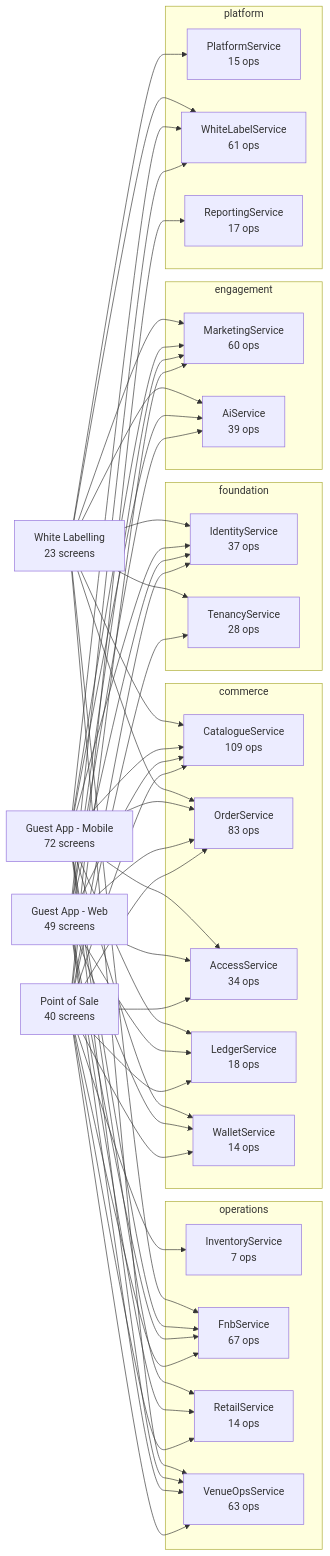
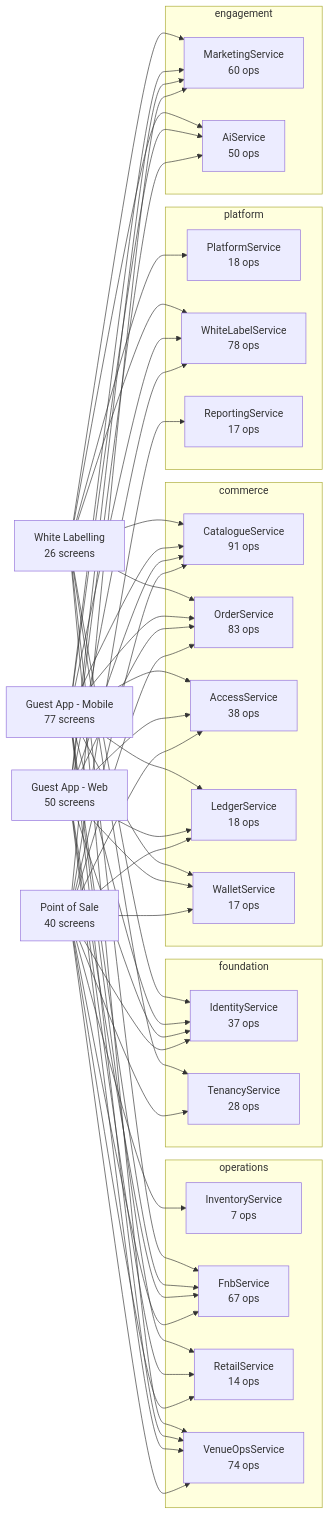
One commit to Diretide298/Solution_Architecture changed the diagram in ticvai/repos/ticvai-ai/project-bible/handoff/service-docs/README.md. Above: the diagram before and after it, drawn with Mermaid. The commit also changed other lines of this file and 2359 other files, not shown here.

````diff
--- a/ticvai/repos/ticvai-ai/project-bible/handoff/service-docs/README.md
+++ b/ticvai/repos/ticvai-ai/project-bible/handoff/service-docs/README.md
@@ -9,80 +9,80 @@
 ```mermaid
 flowchart LR
   POS["Point of Sale<br/>40 screens"]
-  WEB["Guest App - Web<br/>49 screens"]
-  MOB["Guest App - Mobile<br/>72 screens"]
-  WL["White Labelling<br/>23 screens"]
+  WEB["Guest App - Web<br/>50 screens"]
+  MOB["Guest App - Mobile<br/>77 screens"]
+  WL["White Labelling<br/>26 screens"]
   subgraph foundation
     IdentityService["IdentityService<br/>37 ops"]
     TenancyService["TenancyService<br/>28 ops"]
   end
   subgraph commerce
-    CatalogueService["CatalogueService<br/>109 ops"]
+    CatalogueService["CatalogueService<br/>91 ops"]
     OrderService["OrderService<br/>83 ops"]
-    AccessService["AccessService<br/>34 ops"]
+    AccessService["AccessService<br/>38 ops"]
     LedgerService["LedgerService<br/>18 ops"]
-    WalletService["WalletService<br/>14 ops"]
+    WalletService["WalletService<br/>17 ops"]
   end
   subgraph operations
     InventoryService["InventoryService<br/>7 ops"]
     FnbService["FnbService<br/>67 ops"]
     RetailService["RetailService<br/>14 ops"]
-    VenueOpsService["VenueOpsService<br/>63 ops"]
+    VenueOpsService["VenueOpsService<br/>74 ops"]
   end
   subgraph engagement
     MarketingService["MarketingService<br/>60 ops"]
-    AiService["AiService<br/>39 ops"]
+    AiService["AiService<br/>50 ops"]
   end
   subgraph platform
-    PlatformService["PlatformService<br/>15 ops"]
-    WhiteLabelService["WhiteLabelService<br/>61 ops"]
+    PlatformService["PlatformService<br/>18 ops"]
+    WhiteLabelService["WhiteLabelService<br/>78 ops"]
     ReportingService["ReportingService<br/>17 ops"]
   end
   POS --> OrderService
   WEB --> OrderService
   MOB --> OrderService
   WL --> OrderService
   POS --> CatalogueService
   WEB --> CatalogueService
   MOB --> CatalogueService
   WL --> CatalogueService
   POS --> AccessService
   WEB --> AccessService
   MOB --> AccessService
   WL --> PlatformService
   POS --> MarketingService
   WEB --> MarketingService
   MOB --> MarketingService
   WL --> MarketingService
+  POS --> VenueOpsService
+  WEB --> VenueOpsService
+  MOB --> VenueOpsService
+  WL --> VenueOpsService
   POS --> TenancyService
   WL --> TenancyService
   POS --> ReportingService
   POS --> FnbService
   WEB --> FnbService
   MOB --> FnbService
   WL --> FnbService
   POS --> InventoryService
+  POS --> WalletService
+  WEB --> WalletService
+  MOB --> WalletService
   POS --> IdentityService
   WEB --> IdentityService
   MOB --> IdentityService
   WL --> IdentityService
   WEB --> WhiteLabelService
   MOB --> WhiteLabelService
   WL --> WhiteLabelService
-  POS --> VenueOpsService
-  WEB --> VenueOpsService
-  MOB --> VenueOpsService
-  WL --> VenueOpsService
   WEB --> AiService
   MOB --> AiService
   WL --> AiService
   POS --> LedgerService
   WEB --> LedgerService
   MOB --> LedgerService
   POS --> RetailService
   WEB --> RetailService
   MOB --> RetailService
-  POS --> WalletService
-  WEB --> WalletService
-  MOB --> WalletService
 ```
````
